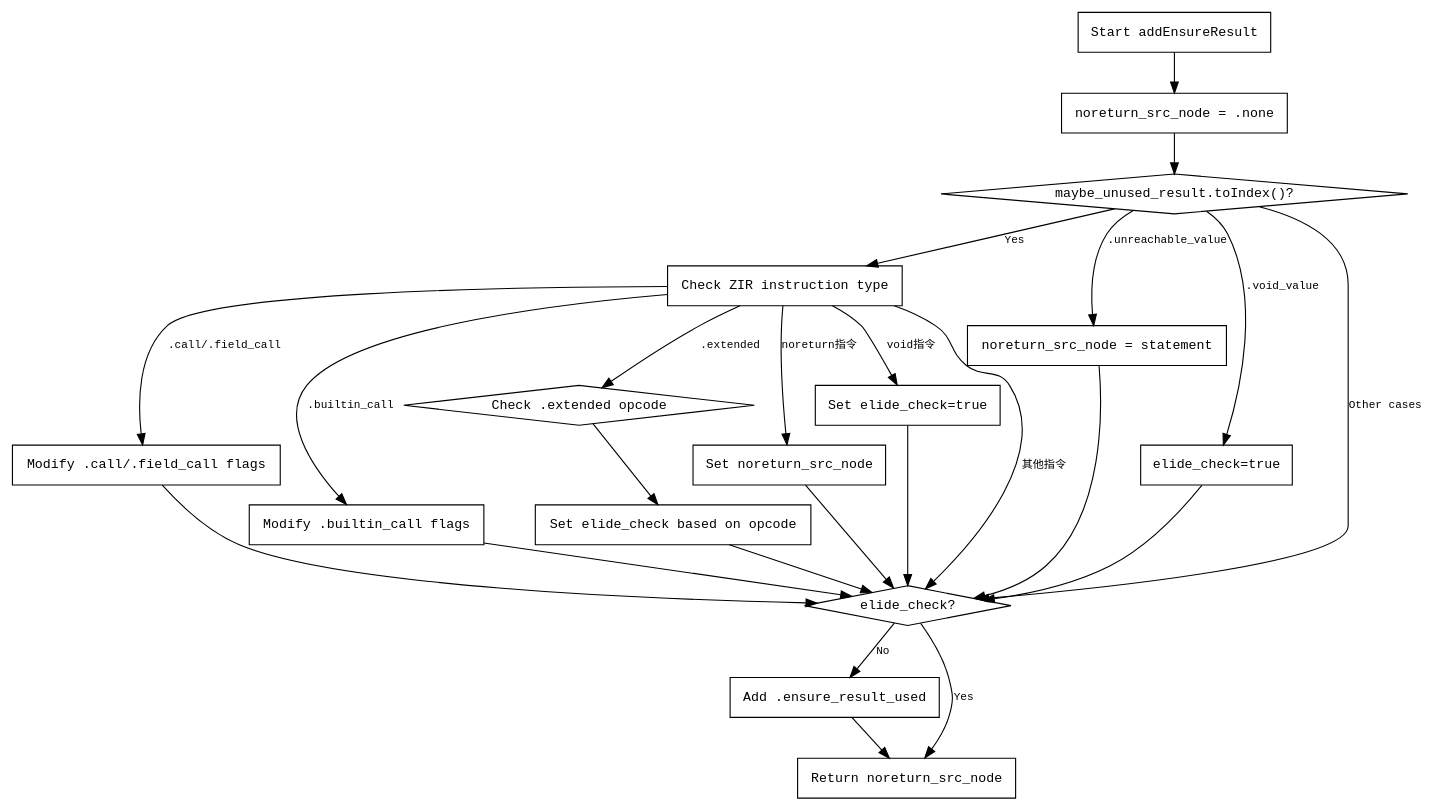
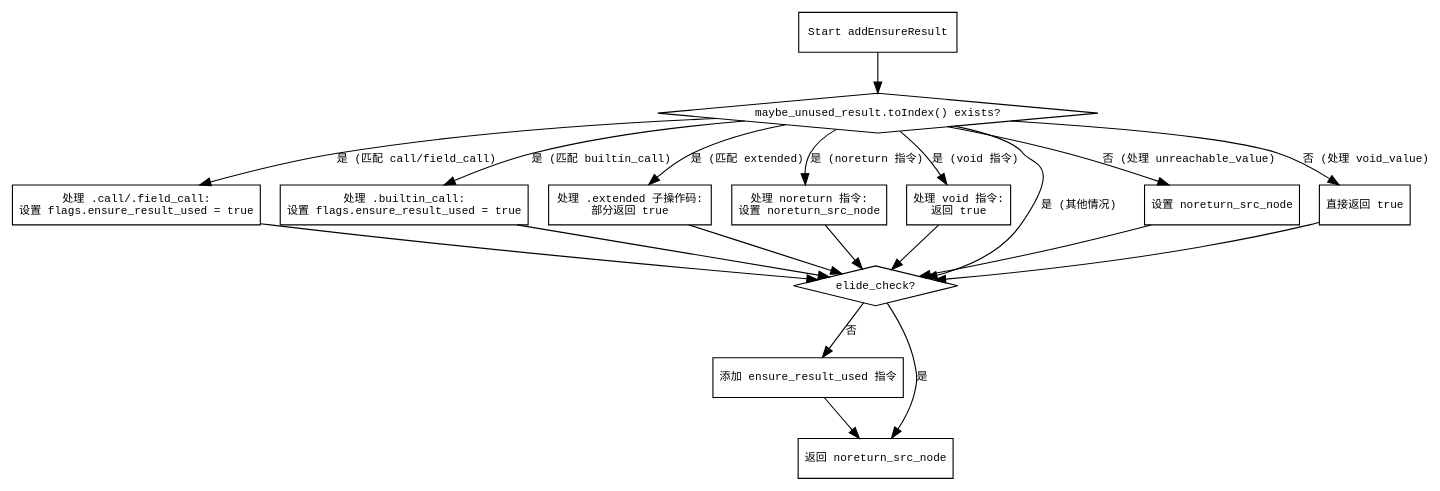
Before and after one commit to sdzx-1/deepseek-zig-reader: the diagram in dot_std/zig/AstGen.zig.addEnsureResult.md, drawn with Graphviz. The commit also changed other lines of this file and 236 other files, not shown here.

````diff
--- a/dot_std/zig/AstGen.zig.addEnsureResult.md
+++ b/dot_std/zig/AstGen.zig.addEnsureResult.md
@@ -25,53 +33,48 @@
 ```dot
 digraph flowchart {
-    node [shape=rectangle, fontname="Courier", fontsize=12];
+    node [shape=rectangle, fontname="Courier", fontsize=10];
     edge [fontname="Courier", fontsize=10];
-    rankdir=TB;
 
     start [label="Start addEnsureResult"];
-    init [label="noreturn_src_node = .none"];
-    check_maybe_unused_result [label="maybe_unused_result.toIndex()?", shape=diamond];
-    handle_inst [label="Check ZIR instruction type"];
-    call_fieldcall [label="Modify .call/.field_call flags"];
-    builtincall [label="Modify .builtin_call flags"];
-    extended_opcode [label="Check .extended opcode", shape=diamond];
-    handle_extended [label="Set elide_check based on opcode"];
-    noreturn_instrs [label="Set noreturn_src_node"];
-    void_instrs [label="Set elide_check=true"];
-    handle_unreachable [label="noreturn_src_node = statement"];
-    handle_void [label="elide_check=true"];
-    check_elide [label="elide_check?", shape=diamond];
-    add_ensure [label="Add .ensure_result_used"];
-    return [label="Return noreturn_src_node"];
+    check_toIndex [label="maybe_unused_result.toIndex() exists?" shape=diamond];
+    handle_call [label="处理 .call/.field_call:\n设置 flags.ensure_result_used = true"];
+    handle_builtin_call [label="处理 .builtin_call:\n设置 flags.ensure_result_used = true"];
+    handle_extended [label="处理 .extended 子操作码:\n部分返回 true"];
+    handle_noreturn [label="处理 noreturn 指令:\n设置 noreturn_src_node"];
+    handle_void [label="处理 void 指令:\n返回 true"];
+    check_elide [label="elide_check?" shape=diamond];
+    add_ensure [label="添加 ensure_result_used 指令"];
+    return [label="返回 noreturn_src_node"];
 
-    start -> init;
-    init -> check_maybe_unused_result;
+    start -> check_toIndex;
 
-    check_maybe_unused_result -> handle_inst [label="Yes"];
-    check_maybe_unused_result -> handle_unreachable [label=".unreachable_value"];
-    check_maybe_unused_result -> handle_void [label=".void_value"];
-    check_maybe_unused_result -> check_elide [label="Other cases"];
+    // toIndex() 存在时的处理分支
+    check_toIndex -> handle_call [label="是 (匹配 call/field_call)"];
+    check_toIndex -> handle_builtin_call [label="是 (匹配 builtin_call)"];
+    check_toIndex -> handle_extended [label="是 (匹配 extended)"];
+    check_toIndex -> handle_noreturn [label="是 (noreturn 指令)"];
+    check_toIndex -> handle_void [label="是 (void 指令)"];
+    check_toIndex -> check_elide [label="是 (其他情况)"];
 
-    handle_inst -> call_fieldcall [label=".call/.field_call"];
-    handle_inst -> builtincall [label=".builtin_call"];
-    handle_inst -> extended_opcode [label=".extended"];
-    handle_inst -> noreturn_instrs [label="noreturn指令"];
-    handle_inst -> void_instrs [label="void指令"];
-    handle_inst -> check_elide [label="其他指令"];
+    // toIndex() 不存在时的处理分支
+    check_toIndex -> handle_unreachable [label="否 (处理 unreachable_value)"];
+    check_toIndex -> handle_void_value [label="否 (处理 void_value)"];
 
-    call_fieldcall -> check_elide;
-    builtincall -> check_elide;
-    extended_opcode -> handle_extended;
+    handle_unreachable [label="设置 noreturn_src_node"];
+    handle_void_value [label="直接返回 true"];
+
+    // 合并处理路径
+    handle_call -> check_elide;
+    handle_builtin_call -> check_elide;
     handle_extended -> check_elide;
+    handle_noreturn -> check_elide;
+    handle_void -> check_elide;
+    handle_unreachable -> check_elide;
+    handle_void_value -> check_elide;
 
-    noreturn_instrs -> check_elide;
-    void_instrs -> check_elide;
+    check_elide -> add_ensure [label="否"];
+    check_elide -> return [label="是"];
 
-    handle_unreachable -> check_elide;
-    handle_void -> check_elide;
-
-    check_elide -> add_ensure [label="No"];
-    check_elide -> return [label="Yes"];
     add_ensure -> return;
 }
 ```
````
